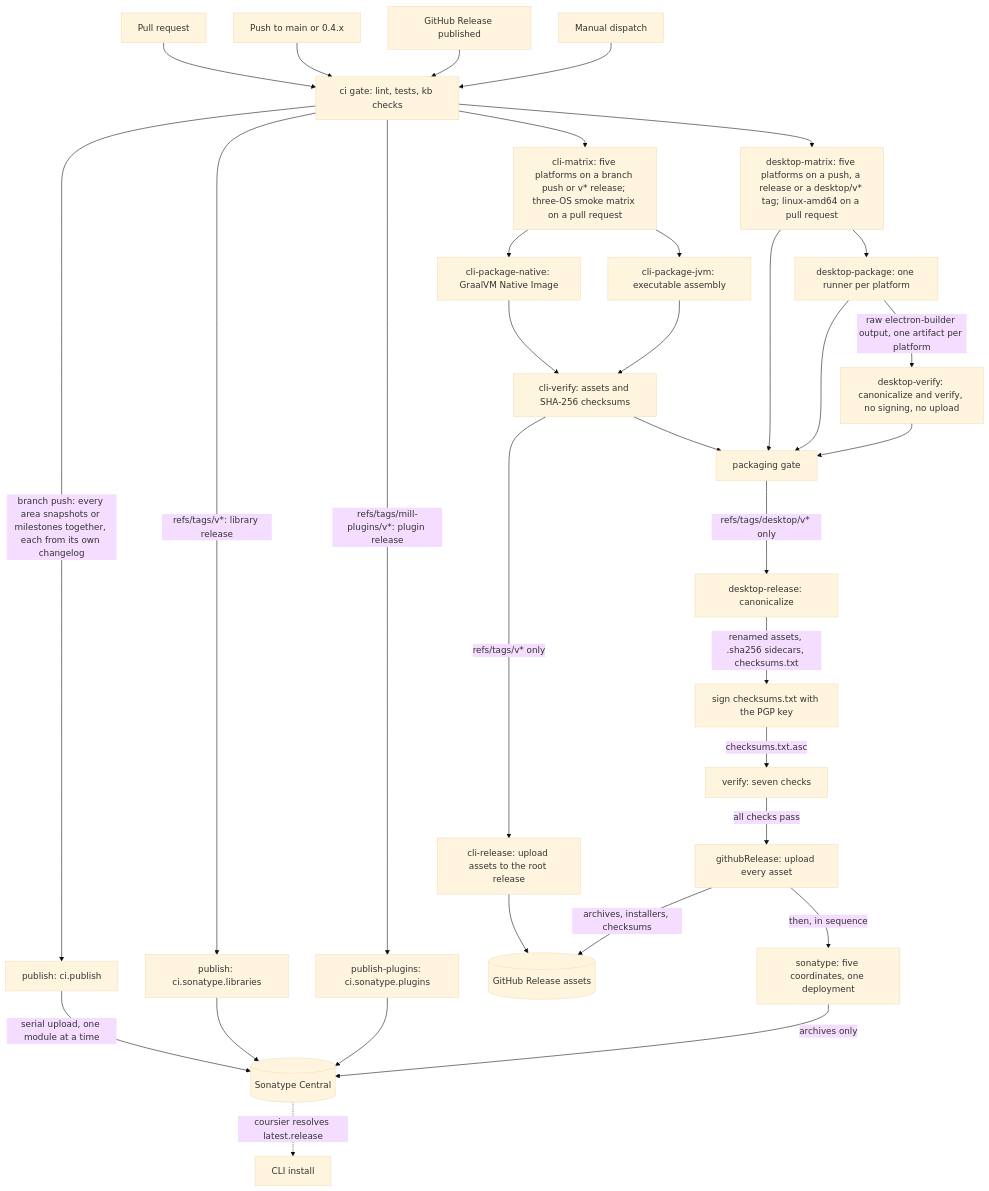
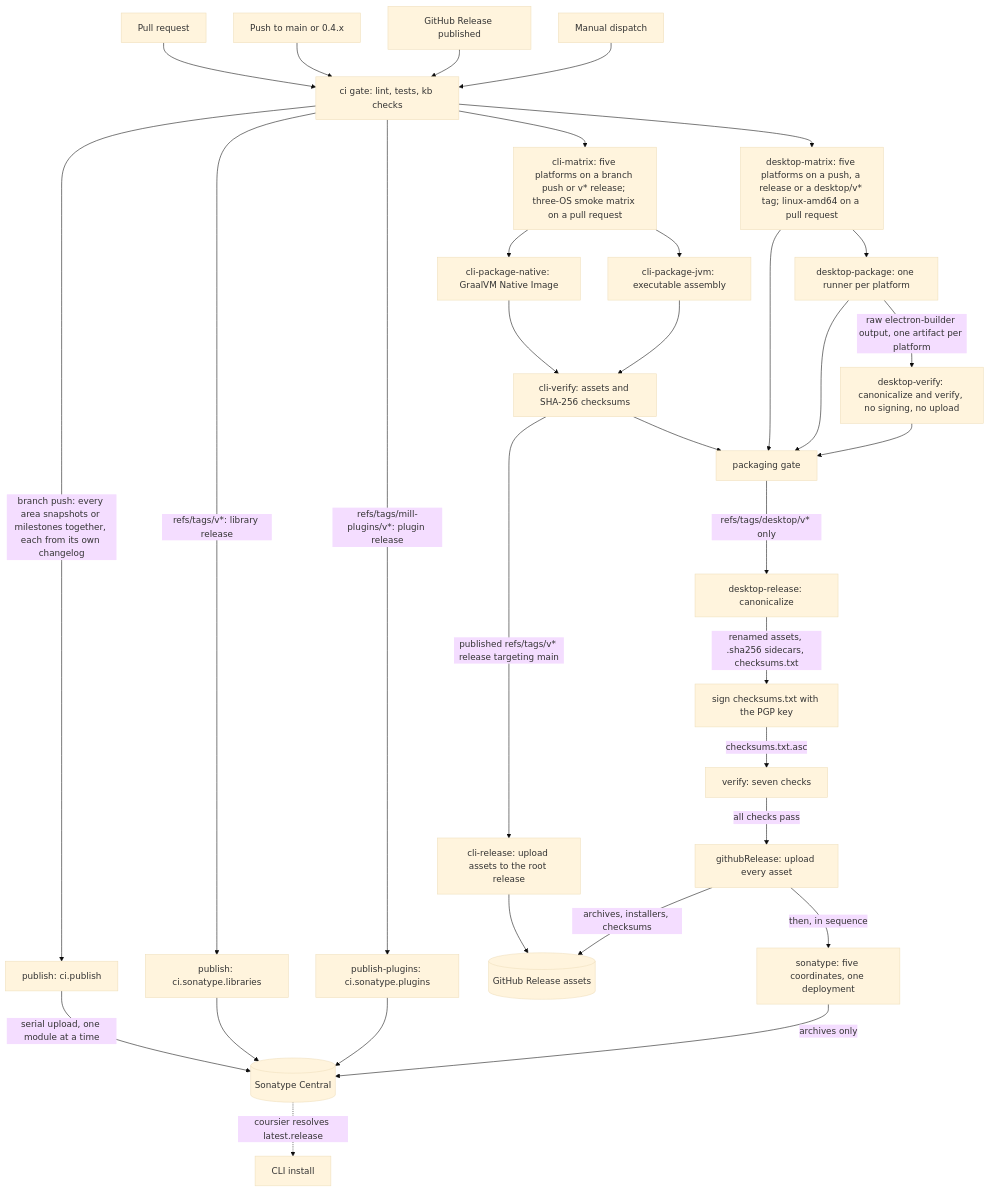
One commit to finos/morphir-scala changed the diagram in kb/bundles/morphir/morphir-scala/packaging-and-release.md. Above: the diagram before and after it, drawn with Mermaid (base theme). The commit also changed other lines of this file and 6 other files, not shown here.

Commit message:
fix: harden CLI release workflow

````diff
--- a/kb/bundles/morphir/morphir-scala/packaging-and-release.md
+++ b/kb/bundles/morphir/morphir-scala/packaging-and-release.md
@@ -35,40 +35,40 @@
 ```mermaid
 flowchart TD
     PR[Pull request] --> Gate[ci gate: lint, tests, kb checks]
     Push[Push to main or 0.4.x] --> Gate
     Rel[GitHub Release published] --> Gate
     Dispatch[Manual dispatch] --> Gate
 
     Gate -->|branch push: every area snapshots or milestones together, each from its own changelog| PublishAll[publish: ci.publish]
     Gate -->|refs/tags/v*: library release| PublishLib[publish: ci.sonatype.libraries]
     Gate -->|refs/tags/mill-plugins/v*: plugin release| PublishPlugins[publish-plugins: ci.sonatype.plugins]
     PublishAll -->|serial upload, one module at a time| Sonatype[(Sonatype Central)]
     PublishLib --> Sonatype
     PublishPlugins --> Sonatype
 
     Gate --> CliMatrix[cli-matrix: five platforms on a branch push or v* release; three-OS smoke matrix on a pull request]
     CliMatrix --> CliNative[cli-package-native: GraalVM Native Image]
     CliMatrix --> CliJvm[cli-package-jvm: executable assembly]
     CliNative --> CliVerify[cli-verify: assets and SHA-256 checksums]
     CliJvm --> CliVerify
     CliVerify --> Packaging
-    CliVerify -->|refs/tags/v* only| CliRelease[cli-release: upload assets to the root release]
+    CliVerify -->|published refs/tags/v* release targeting main| CliRelease[cli-release: upload assets to the root release]
     CliRelease --> GhAssets
 
     Gate --> Matrix[desktop-matrix: five platforms on a push, a release or a desktop/v* tag; linux-amd64 on a pull request]
     Matrix --> Package[desktop-package: one runner per platform]
     Package -->|raw electron-builder output, one artifact per platform| CiVerify[desktop-verify: canonicalize and verify, no signing, no upload]
     Matrix --> Packaging[packaging gate]
     Package --> Packaging
     CiVerify --> Packaging
 
     Packaging -->|refs/tags/desktop/v* only| Canon[desktop-release: canonicalize]
     Canon -->|renamed assets, .sha256 sidecars, checksums.txt| Sign[sign checksums.txt with the PGP key]
     Sign -->|checksums.txt.asc| Verify[verify: seven checks]
     Verify -->|all checks pass| GhRelease[githubRelease: upload every asset]
     GhRelease -->|then, in sequence| DesktopSonatype[sonatype: five coordinates, one deployment]
     GhRelease -->|archives, installers, checksums| GhAssets[(GitHub Release assets)]
     DesktopSonatype -->|archives only| Sonatype
 
     Sonatype -.->|coursier resolves latest.release| Cli[CLI install]
 ```
````
